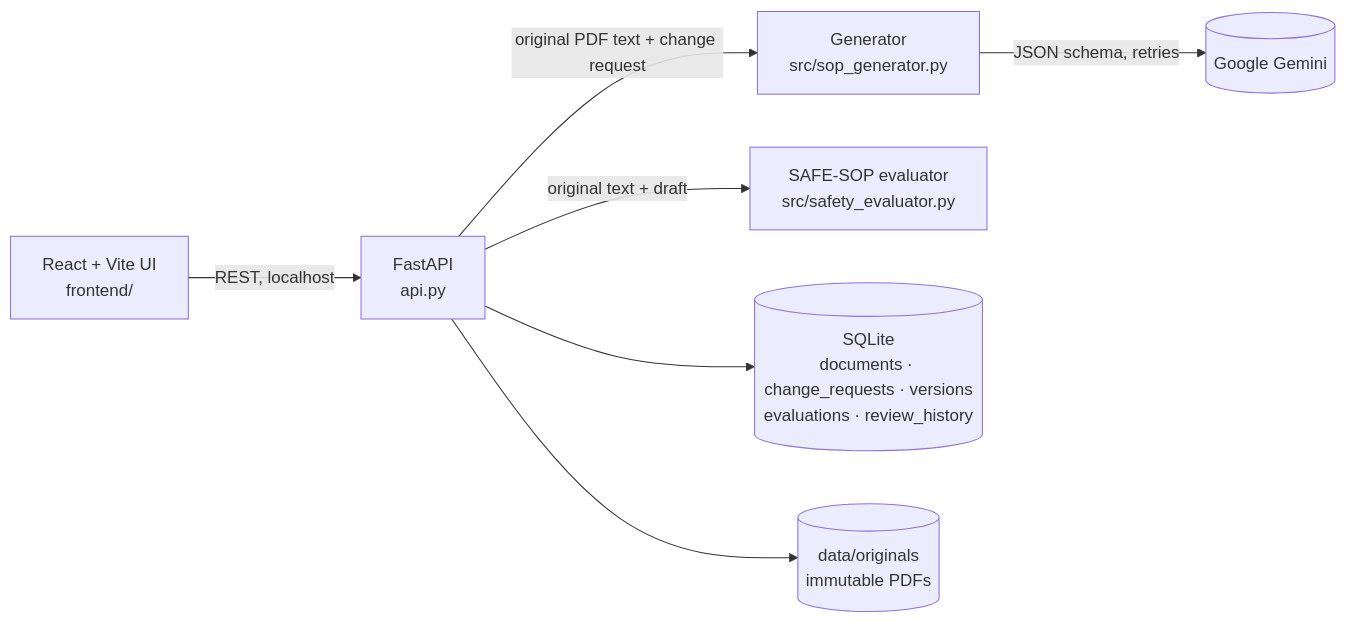
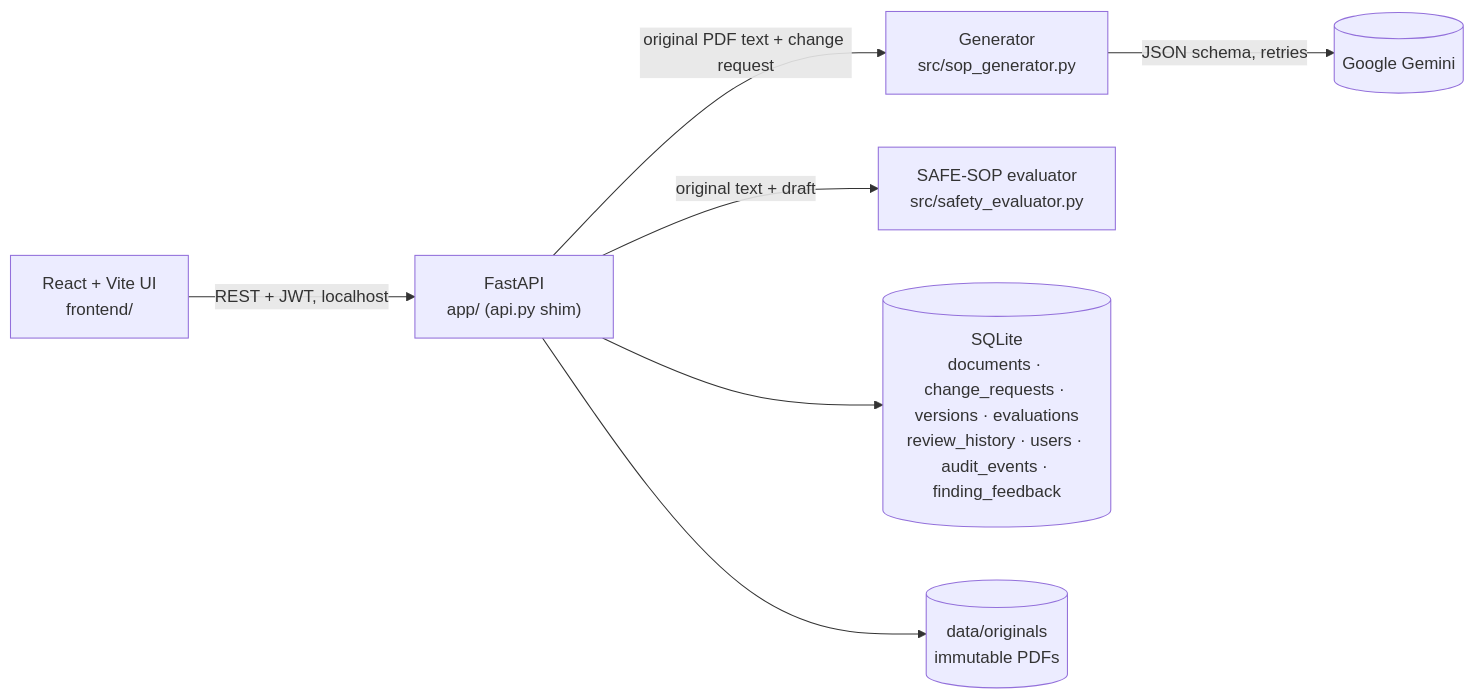
Before and after one commit to Arjun-glitch66/SafeSOP-AI: the diagram in README.md, drawn with Mermaid. The commit also changed other lines of this file and 3 other files, not shown here.

````diff
--- a/README.md
+++ b/README.md
@@ -31,9 +37,9 @@
 ```mermaid
 flowchart LR
-    UI["React + Vite UI<br/>frontend/"] -->|REST, localhost| API["FastAPI<br/>api.py"]
+    UI["React + Vite UI<br/>frontend/"] -->|REST + JWT, localhost| API["FastAPI<br/>app/ (api.py shim)"]
     API -->|original PDF text + change request| GEN["Generator<br/>src/sop_generator.py"]
     GEN -->|JSON schema, retries| GEM[("Google Gemini")]
     API -->|original text + draft| EVAL["SAFE-SOP evaluator<br/>src/safety_evaluator.py"]
-    API --> DB[("SQLite<br/>documents · change_requests · versions<br/>evaluations · review_history")]
+    API --> DB[("SQLite<br/>documents · change_requests · versions · evaluations<br/>review_history · users · audit_events · finding_feedback")]
     API --> FILES[("data/originals<br/>immutable PDFs")]
 ```
````
